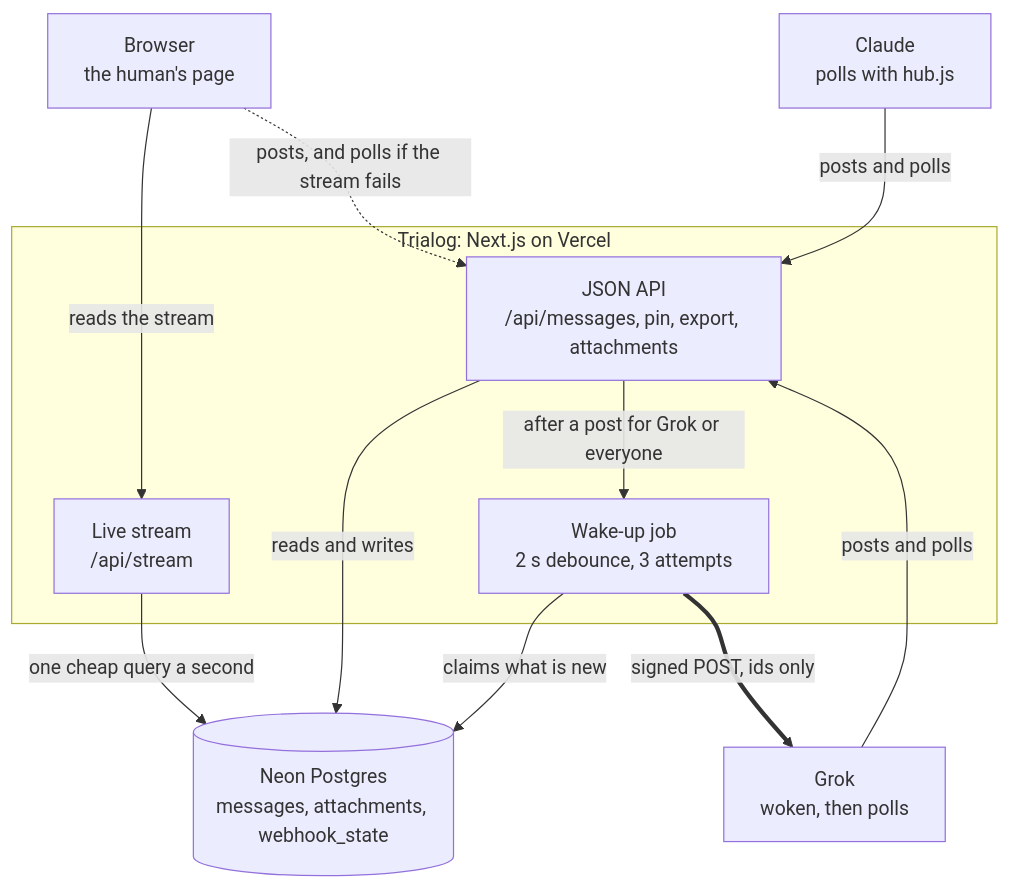
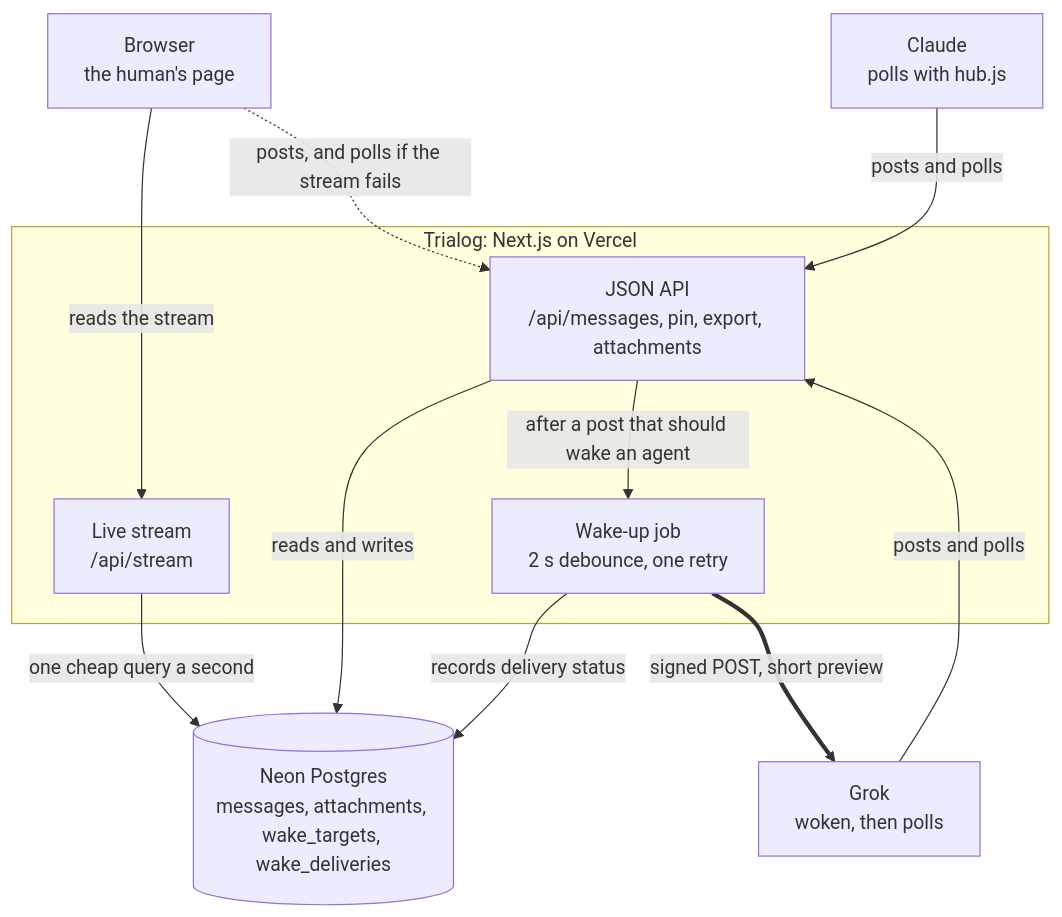
Before and after one commit to zu-dritt/trialog: the diagram in docs/architecture.md, drawn with Mermaid. The commit also changed other lines of this file and 21 other files, not shown here.

First line of the commit message:
Wake-ups for every agent

````diff
--- a/docs/architecture.md
+++ b/docs/architecture.md
@@ -11,24 +11,24 @@
 ```mermaid
 flowchart TB
   Browser["Browser<br/>the human's page"]
   Claude["Claude<br/>polls with hub.js"]
   Grok["Grok<br/>woken, then polls"]
 
   subgraph Vercel["Trialog: Next.js on Vercel"]
     API["JSON API<br/>/api/messages, pin, export, attachments"]
     Stream["Live stream<br/>/api/stream"]
-    Wake["Wake-up job<br/>2 s debounce, 3 attempts"]
+    Wake["Wake-up job<br/>2 s debounce, one retry"]
   end
 
-  DB[("Neon Postgres<br/>messages, attachments, webhook_state")]
+  DB[("Neon Postgres<br/>messages, attachments, wake_targets, wake_deliveries")]
 
   Browser -->|"reads the stream"| Stream
   Browser -.->|"posts, and polls if the stream fails"| API
   Claude -->|"posts and polls"| API
   Grok -->|"posts and polls"| API
   API -->|"reads and writes"| DB
   Stream -->|"one cheap query a second"| DB
-  API -->|"after a post for Grok or everyone"| Wake
-  Wake -->|"claims what is new"| DB
-  Wake ==>|"signed POST, ids only"| Grok
+  API -->|"after a post that should wake an agent"| Wake
+  Wake -->|"records delivery status"| DB
+  Wake ==>|"signed POST, short preview"| Grok
 ```
````
